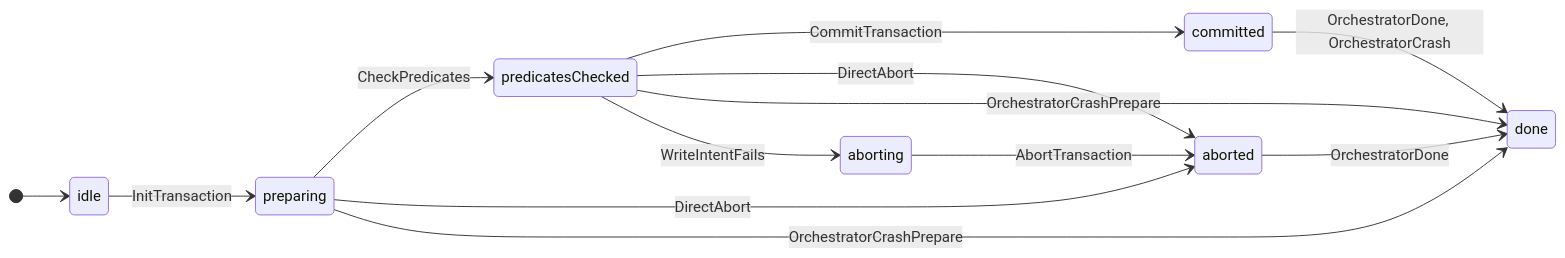
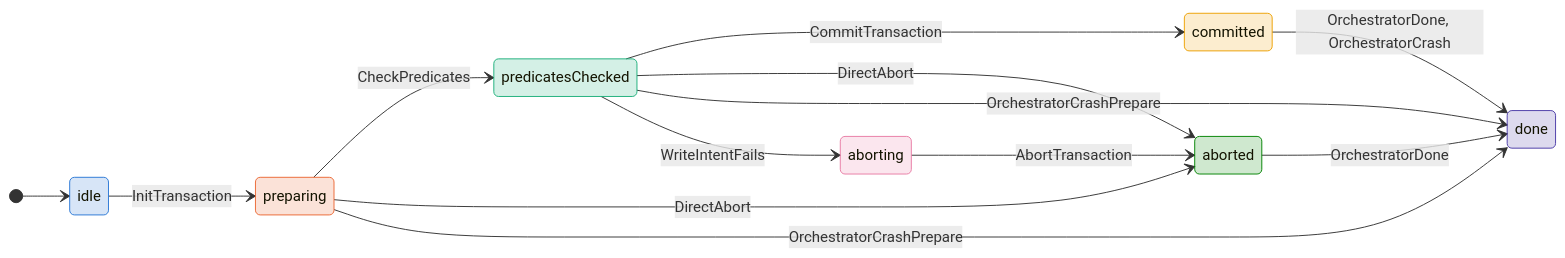
Before and after one commit to antflydb/antfly: the first of 4 diagrams in zig/specs/tla/diagrams/storage/db/AntflyTransaction.md, drawn with Mermaid. The commit also changed other lines of this file and 27 other files, not shown here.

````diff
--- a/zig/specs/tla/diagrams/storage/db/AntflyTransaction.md
+++ b/zig/specs/tla/diagrams/storage/db/AntflyTransaction.md
@@ -13,16 +13,30 @@
 ```mermaid
 stateDiagram-v2
     direction LR
     [*] --> idle
     idle --> preparing : InitTransaction
     preparing --> predicatesChecked : CheckPredicates
     predicatesChecked --> committed : CommitTransaction
     aborting --> aborted : AbortTransaction
     predicatesChecked --> aborted : DirectAbort
     preparing --> aborted : DirectAbort
     aborted --> done : OrchestratorDone
     committed --> done : OrchestratorDone, OrchestratorCrash
     predicatesChecked --> done : OrchestratorCrashPrepare
     preparing --> done : OrchestratorCrashPrepare
     predicatesChecked --> aborting : WriteIntentFails
+    classDef c_idle fill:#2a78d630,stroke:#2a78d6
+    class idle c_idle
+    classDef c_preparing fill:#eb683430,stroke:#eb6834
+    class preparing c_preparing
+    classDef c_predicatesChecked fill:#1baf7a30,stroke:#1baf7a
+    class predicatesChecked c_predicatesChecked
+    classDef c_committed fill:#eda10030,stroke:#eda100
+    class committed c_committed
+    classDef c_aborting fill:#e87ba430,stroke:#e87ba4
+    class aborting c_aborting
+    classDef c_aborted fill:#00830030,stroke:#008300
+    class aborted c_aborted
+    classDef c_done fill:#4a3aa730,stroke:#4a3aa7
+    class done c_done
 ```
````
